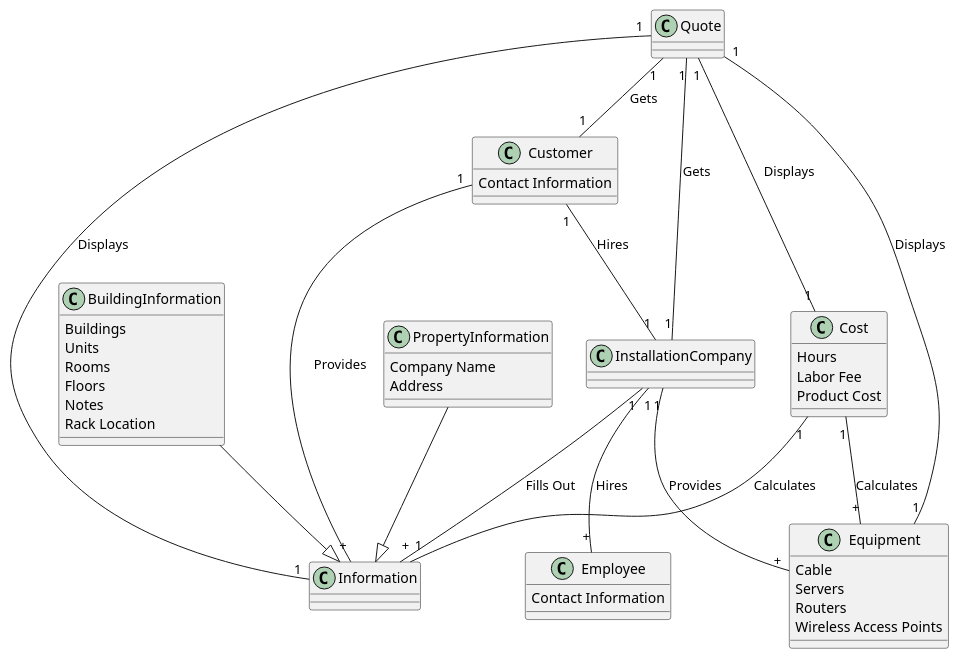
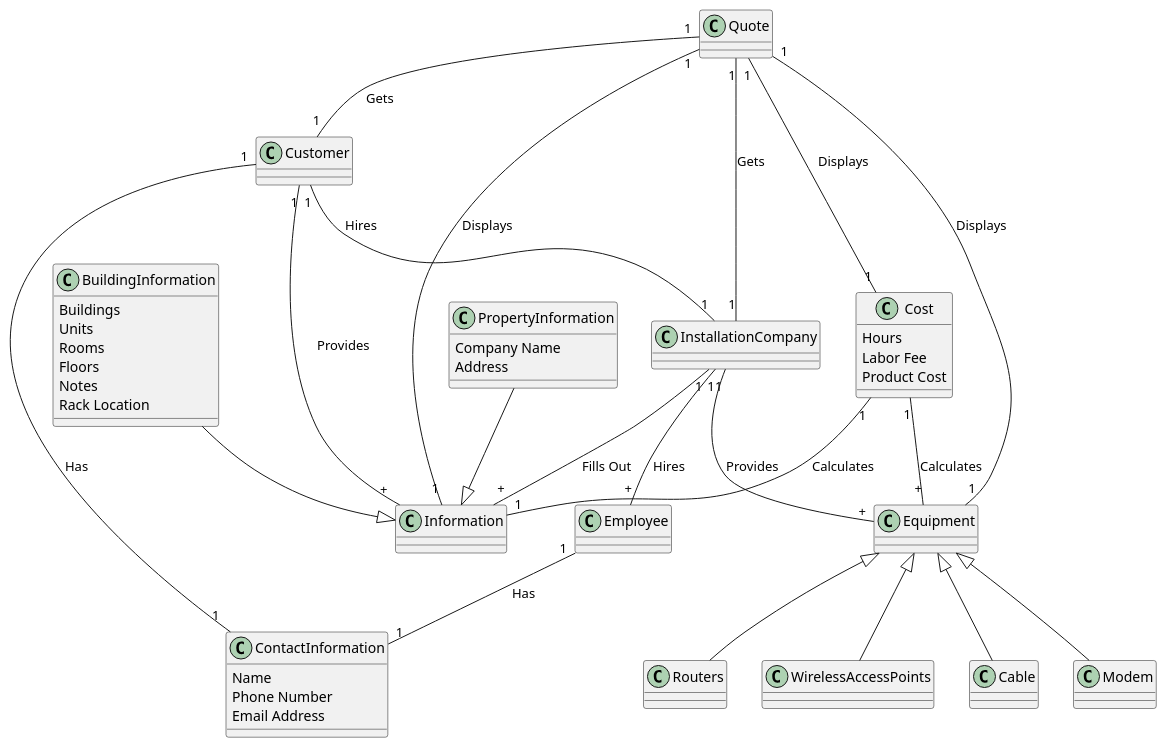
One commit to QRP0002/Wireless_Quote changed the diagram in app/UML/Conceptual Domain Model.puml. Above: the diagram before and after it, drawn with PlantUML. The commit also changed 1 other file, not shown here.

```diff
--- a/app/UML/Conceptual Domain Model.puml
+++ b/app/UML/Conceptual Domain Model.puml
@@ -1,56 +1,73 @@
 @startuml
 
 class PropertyInformation {
 Company Name
 Address
 }
 
 class BuildingInformation{
 Buildings
 Units
 Rooms
 Floors
 Notes
 Rack Location
 }
 
 class Cost {
 Hours
 Labor Fee
 Product Cost
 }
 
 class Customer {
-Contact Information
+
 }
 
 class Equipment {
-Cable
-Servers
-Routers
-Wireless Access Points
+
 }
 
 class Information
 class Quote
 class InstallationCompany
+
 class Employee {
-Contact Information
+
+}
+
+class Cable
+class Modem
+class Routers
+class WirelessAccessPoints
+
+class ContactInformation {
+    Name
+    Phone Number
+    Email Address
 }
 
 Customer "1" -- "1" InstallationCompany : Hires
 PropertyInformation --|> Information
 Quote "1" -- "1" Information : Displays
 BuildingInformation --|> Information
 InstallationCompany "1" -- "+" Information : Fills Out
 InstallationCompany "1" -- "+" Equipment : Provides
 InstallationCompany "1" -- "+" Employee : Hires
 Quote "1" -- "1" Equipment : Displays
 Quote "1" -- "1" Cost : Displays
 Quote "1" -- "1" InstallationCompany : Gets
 Quote "1" -- "1" Customer : Gets
 Cost "1" -- "1" Information : Calculates
 Cost "1" -- "+" Equipment : Calculates
 Customer "1" -- "+" Information : Provides
+Equipment <|-- Cable
+Equipment <|-- Modem
+Equipment <|-- Routers
+Equipment <|-- WirelessAccessPoints
+
+Customer "1" -- "1" ContactInformation : Has
+Employee "1" -- "1" ContactInformation : Has
+
 
 @enduml
```
